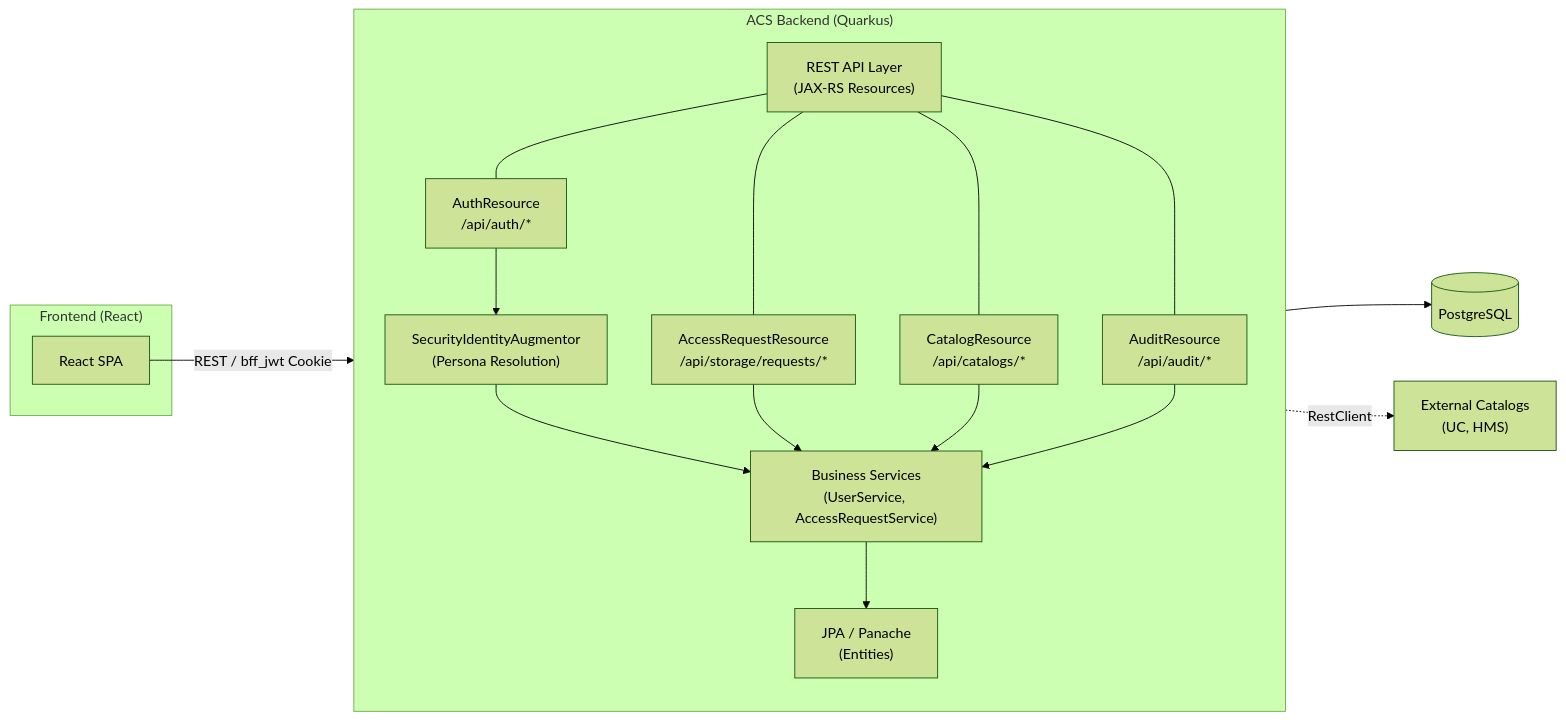
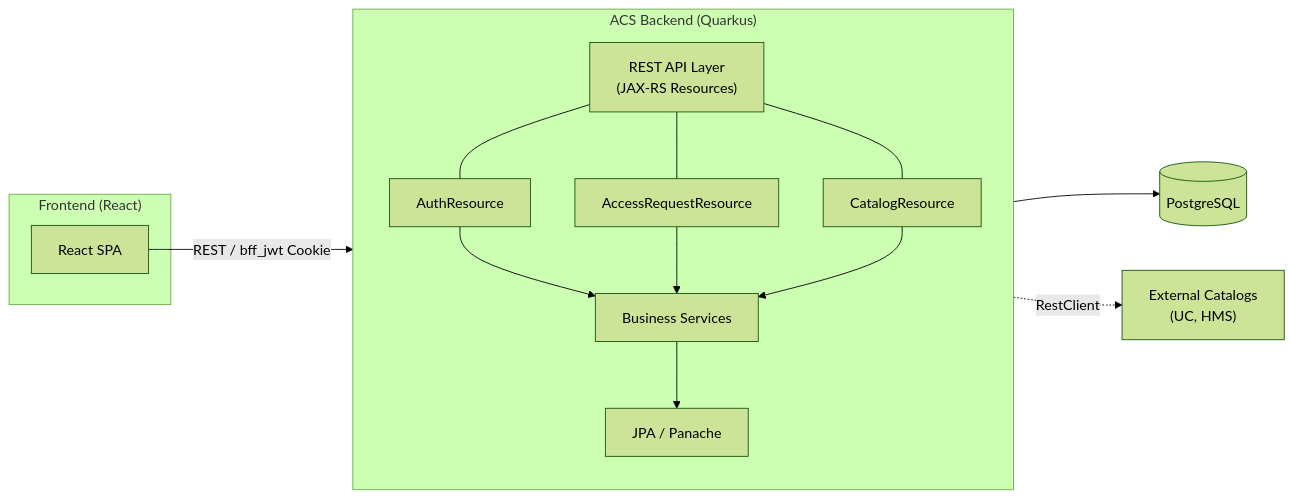
The second of 3 diagrams in src/site/markdown/architecture.md (rhlowery/access-control-service), drawn with Mermaid (forest theme) before and after one commit. The commit also changed other lines of this file and 12 other files, not shown here.

Commit message:
feat: add project documentation sites and implement Helm chart template testing with Cucumber

````diff
--- a/src/site/markdown/architecture.md
+++ b/src/site/markdown/architecture.md
@@ -30,32 +34,27 @@
 ```mermaid
 graph LR
     subgraph frontend ["Frontend (React)"]
       UI["React SPA"]
     end
 
     subgraph acs ["ACS Backend (Quarkus)"]
       direction TB
       API["REST API Layer<br/>(JAX-RS Resources)"]
-      Auth["AuthResource<br/>/api/auth/*"]
-      Req["AccessRequestResource<br/>/api/storage/requests/*"]
-      Cat["CatalogResource<br/>/api/catalogs/*"]
-      Aud["AuditResource<br/>/api/audit/*"]
-      Aug["SecurityIdentityAugmentor<br/>(Persona Resolution)"]
-      Svc["Business Services<br/>(UserService, AccessRequestService)"]
-      JPA["JPA / Panache<br/>(Entities)"]
+      Auth["AuthResource"]
+      Req["AccessRequestResource"]
+      Cat["CatalogResource"]
+      Svc["Business Services"]
+      JPA["JPA / Panache"]
     end
 
     UI -->|"REST / bff_jwt Cookie"| API
     API --- Auth
     API --- Req
     API --- Cat
-    API --- Aud
-    Auth --> Aug
-    Aug --> Svc
+    Auth --> Svc
     Req --> Svc
     Cat --> Svc
-    Aud --> Svc
     Svc --> JPA
     JPA --> DB[("PostgreSQL")]
     Svc -.->|"RestClient"| ExtCat["External Catalogs<br/>(UC, HMS)"]
 ```
````
